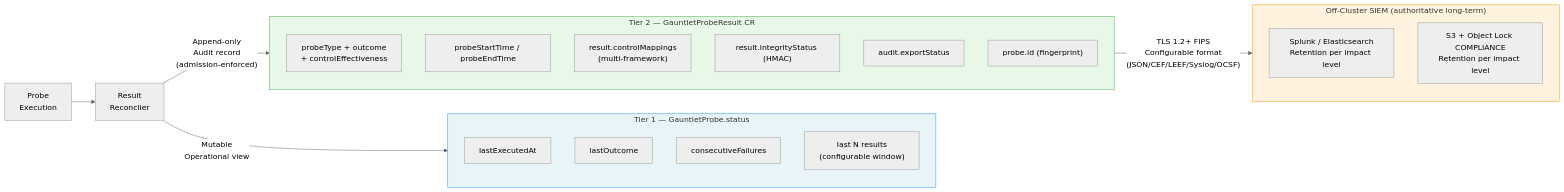
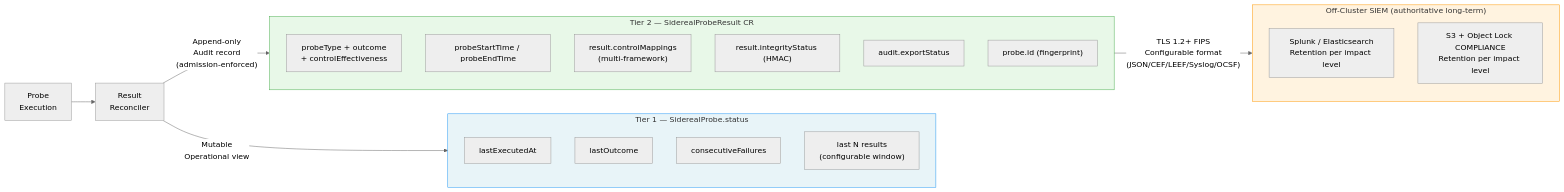
One commit to primaris-tech/sidereal changed the third of 3 diagrams in compliance/diagrams/system-architecture.md. Above: the diagram before and after it, drawn with Mermaid (neutral theme). The commit also changed other lines of this file and 104 other files, not shown here.

First line of the commit message:
Rename project from Gauntlet to Sidereal

````diff
--- a/compliance/diagrams/system-architecture.md
+++ b/compliance/diagrams/system-architecture.md
@@ -146,35 +146,35 @@
 ```mermaid
 flowchart LR
     PROBE["Probe\nExecution"] --> RECONCILE["Result\nReconciler"]
 
     RECONCILE -->|"Mutable\nOperational view"| TIER1
 
-    subgraph TIER1 ["Tier 1 — GauntletProbe.status"]
+    subgraph TIER1 ["Tier 1 — SiderealProbe.status"]
         OP1["lastExecutedAt"]
         OP2["lastOutcome"]
         OP3["consecutiveFailures"]
         OP4["last N results\n(configurable window)"]
     end
 
     RECONCILE -->|"Append-only\nAudit record\n(admission-enforced)"| TIER2
 
-    subgraph TIER2 ["Tier 2 — GauntletProbeResult CR"]
+    subgraph TIER2 ["Tier 2 — SiderealProbeResult CR"]
         AU1["probeType + outcome\n+ controlEffectiveness"]
         AU2["probeStartTime / probeEndTime"]
         AU3["result.controlMappings\n(multi-framework)"]
         AU4["result.integrityStatus (HMAC)"]
         AU5["audit.exportStatus"]
         AU6["probe.id (fingerprint)"]
     end
 
     TIER2 -->|"TLS 1.2+ FIPS\nConfigurable format\n(JSON/CEF/LEEF/Syslog/OCSF)"| SIEM
 
     subgraph SIEM ["Off-Cluster SIEM (authoritative long-term)"]
         S1["Splunk / Elasticsearch\nRetention per impact level"]
         S2["S3 + Object Lock COMPLIANCE\nRetention per impact level"]
     end
 
     style TIER1 fill:#e8f4f8,stroke:#2196F3
     style TIER2 fill:#e8f8e8,stroke:#4CAF50
     style SIEM fill:#fff3e0,stroke:#FF9800
 ```
````
